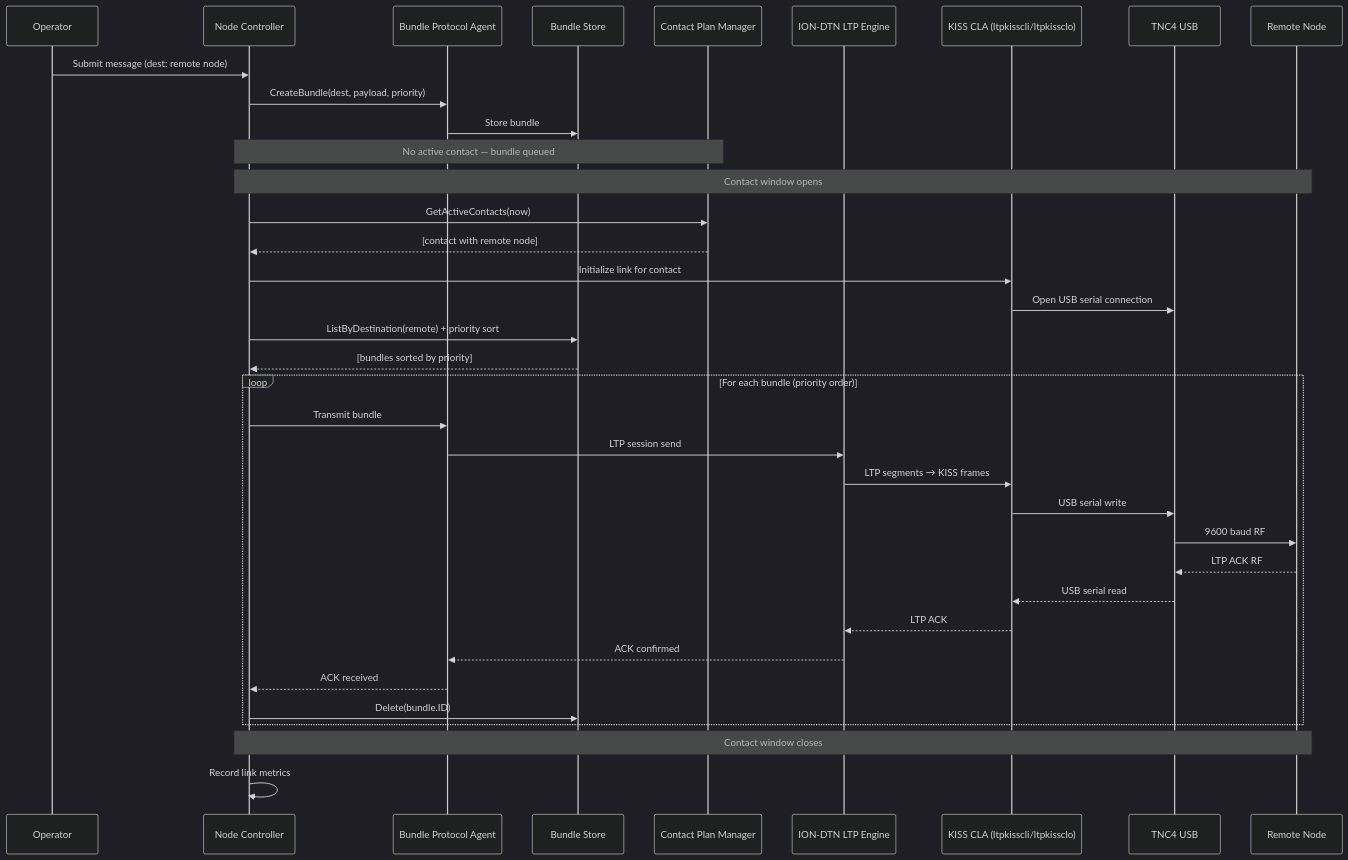
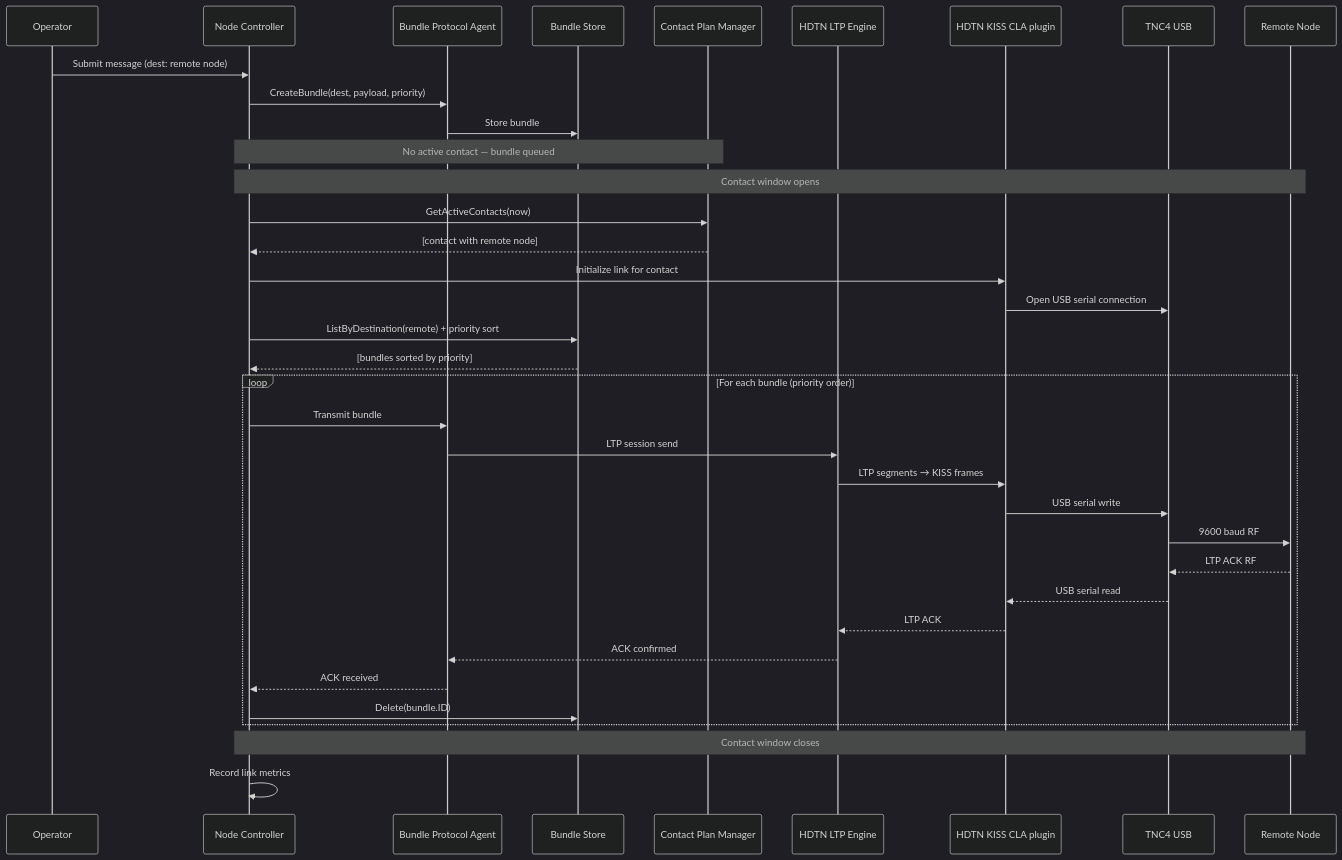
Before and after one commit to g4dpz/cislunar_proposal: the fourth of 4 diagrams in docs/terrestrial-dtn-phase1/design.md, drawn with Mermaid (dark theme). The commit also changed other lines of this file and 18 other files, not shown here.

Commit message:
Migrate from ION-DTN to HDTN across all specs and website

````diff
--- a/docs/terrestrial-dtn-phase1/design.md
+++ b/docs/terrestrial-dtn-phase1/design.md
@@ -120,40 +120,40 @@
 ```mermaid
 sequenceDiagram
     participant Op as Operator
     participant NC as Node Controller
     participant BPA as Bundle Protocol Agent
     participant BS as Bundle Store
     participant CPM as Contact Plan Manager
-    participant LTP as ION-DTN LTP Engine
-    participant CLA as KISS CLA (ltpkisscli/ltpkissclo)
+    participant LTP as HDTN LTP Engine
+    participant CLA as HDTN KISS CLA plugin
     participant TNC as TNC4 USB
     participant Remote as Remote Node
 
     Op->>NC: Submit message (dest: remote node)
     NC->>BPA: CreateBundle(dest, payload, priority)
     BPA->>BS: Store bundle
     Note over NC,CPM: No active contact — bundle queued
 
     Note over NC,Remote: Contact window opens
     NC->>CPM: GetActiveContacts(now)
     CPM-->>NC: [contact with remote node]
     NC->>CLA: Initialize link for contact
     CLA->>TNC: Open USB serial connection
     NC->>BS: ListByDestination(remote) + priority sort
     BS-->>NC: [bundles sorted by priority]
     loop For each bundle (priority order)
         NC->>BPA: Transmit bundle
         BPA->>LTP: LTP session send
         LTP->>CLA: LTP segments → KISS frames
         CLA->>TNC: USB serial write
         TNC->>Remote: 9600 baud RF
         Remote-->>TNC: LTP ACK RF
         TNC-->>CLA: USB serial read
         CLA-->>LTP: LTP ACK
         LTP-->>BPA: ACK confirmed
         BPA-->>NC: ACK received
         NC->>BS: Delete(bundle.ID)
     end
     Note over NC,Remote: Contact window closes
     NC->>NC: Record link metrics
 ```
````
